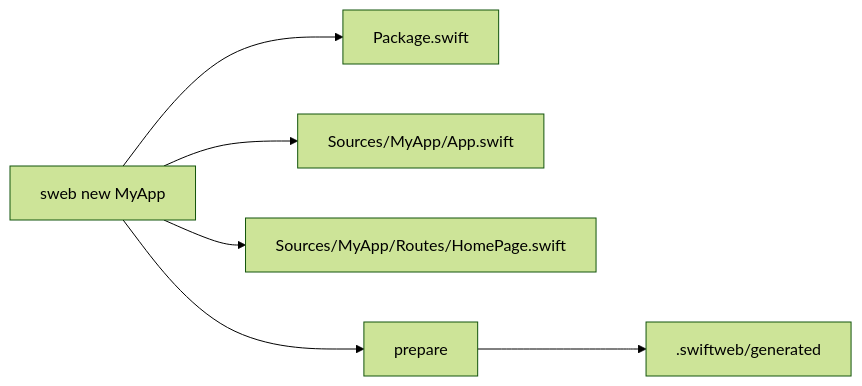
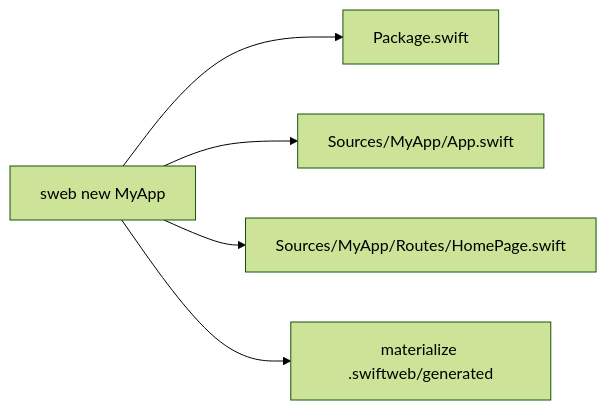
One commit to 1amageek/swift-web changed the first of 10 diagrams in Sources/SwiftWebCLI/README.md. Above: the diagram before and after it, drawn with Mermaid (forest theme). The commit also changed other lines of this file and 62 other files, not shown here.

````diff
--- a/Sources/SwiftWebCLI/README.md
+++ b/Sources/SwiftWebCLI/README.md
@@ -24,8 +24,7 @@
 ```mermaid
 flowchart LR
   A["sweb new MyApp"] --> B["Package.swift"]
   A --> C["Sources/MyApp/App.swift"]
   A --> D["Sources/MyApp/Routes/HomePage.swift"]
-  A --> E["prepare"]
-  E --> F[".swiftweb/generated"]
+  A --> E["materialize .swiftweb/generated"]
 ```
````
